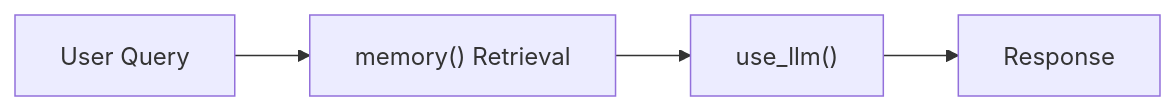
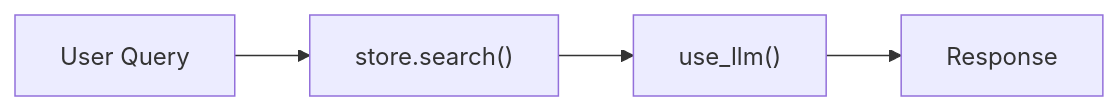
Before and after one commit to strands-agents/sdk-python: the second of 2 diagrams in site/src/content/docs/examples/python/knowledge_base_agent.mdx, drawn with Mermaid. The commit also changed other lines of this file and 8 other files, not shown here.

````diff
--- a/site/src/content/docs/examples/python/knowledge_base_agent.mdx
+++ b/site/src/content/docs/examples/python/knowledge_base_agent.mdx
@@ -108,6 +112,6 @@
    ```mermaid
    flowchart LR
-       A["User Query"] --> B["memory() Retrieval"]
+       A["User Query"] --> B["store.search()"]
        B --> C["use_llm()"]
        C --> D["Response"]
    ```
````
